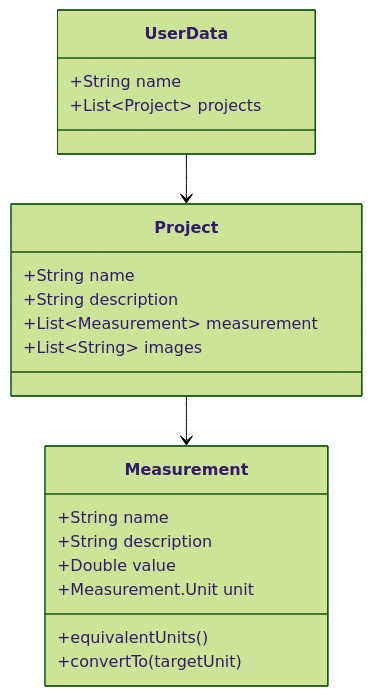
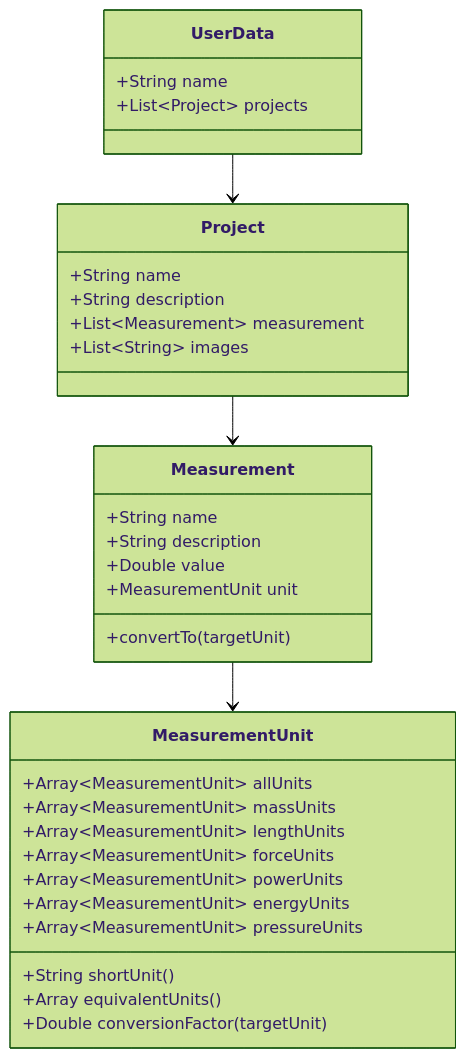
One commit to radcli14/youkon changed the diagram in README.md. Above: the diagram before and after it, drawn with Mermaid (forest theme).

Commit message:
added MeasurementUnit to the architecture diagram

````diff
--- a/README.md
+++ b/README.md
@@ -32,23 +32,35 @@
 ```mermaid
 classDiagram
 UserData --> Project
 Project --> Measurement
+Measurement --> MeasurementUnit
 class UserData {
 +String name
 +List~Project~ projects
 }
 class Project {
 +String name
 +String description
 +List~Measurement~ measurement
 +List~String~ images
 }
 class Measurement {
 +String name
 +String description
 +Double value
-+Measurement.Unit unit
-+equivalentUnits()
++MeasurementUnit unit
 +convertTo(targetUnit)
-} 
+}
+class MeasurementUnit {
++Array~MeasurementUnit~ allUnits
++Array~MeasurementUnit~ massUnits
++Array~MeasurementUnit~ lengthUnits
++Array~MeasurementUnit~ forceUnits
++Array~MeasurementUnit~ powerUnits
++Array~MeasurementUnit~ energyUnits
++Array~MeasurementUnit~ pressureUnits
++String shortUnit()
++Array<MeasurementUnit> equivalentUnits()
++Double conversionFactor(targetUnit)
+}
 ```
````
